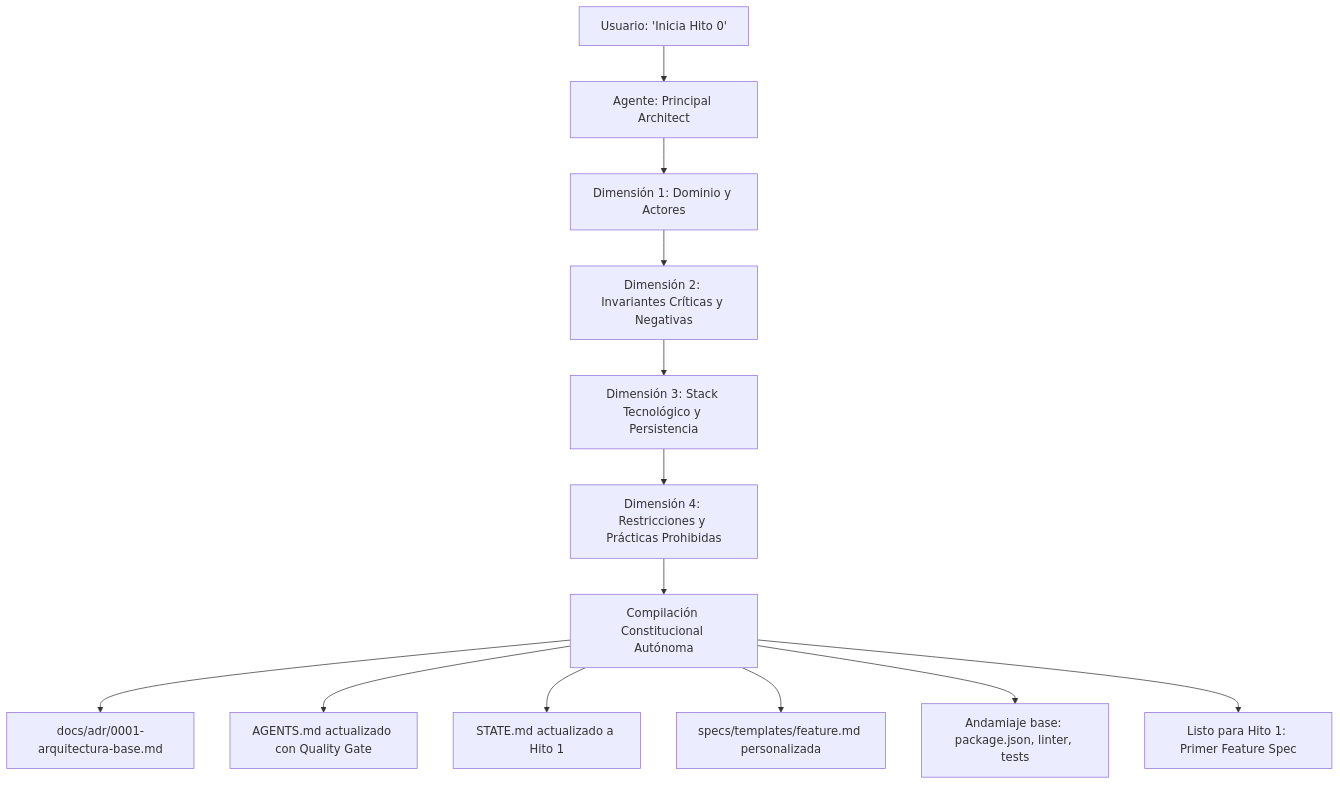
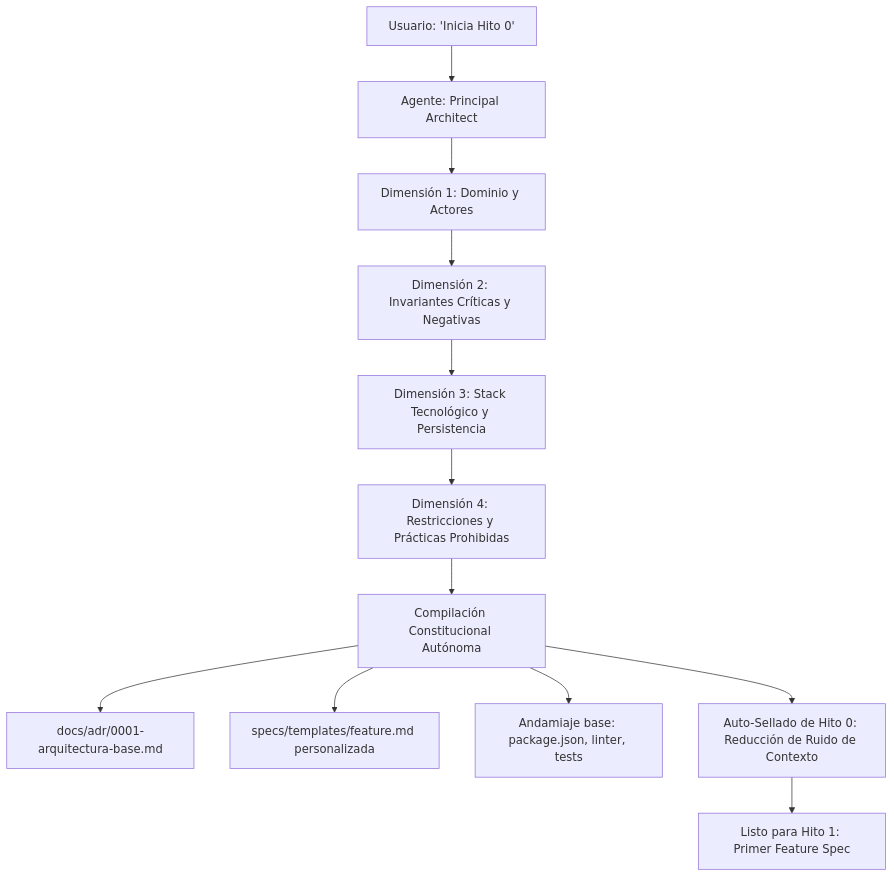
The diagram in README.md (Zer0x25/Hito-0), drawn with Mermaid before and after one commit. The commit also changed other lines of this file and 5 other files, not shown here.

Commit message:
feat(governance): agregar protocolo de auto-sellado, env.example, conventional commits y errores tipados

````diff
--- a/README.md
+++ b/README.md
@@ -38,15 +38,14 @@
 ```mermaid
 flowchart TD
     A[Usuario: 'Inicia Hito 0'] --> B[Agente: Principal Architect]
     B --> C1[Dimensión 1: Dominio y Actores]
     C1 --> C2[Dimensión 2: Invariantes Críticas y Negativas]
     C2 --> C3[Dimensión 3: Stack Tecnológico y Persistencia]
     C3 --> C4[Dimensión 4: Restricciones y Prácticas Prohibidas]
     C4 --> D[Compilación Constitucional Autónoma]
     D --> E1[docs/adr/0001-arquitectura-base.md]
-    D --> E2[AGENTS.md actualizado con Quality Gate]
-    D --> E3[STATE.md actualizado a Hito 1]
-    D --> E4[specs/templates/feature.md personalizada]
-    D --> E5[Andamiaje base: package.json, linter, tests]
-    D --> F[Listo para Hito 1: Primer Feature Spec]
+    D --> E2[specs/templates/feature.md personalizada]
+    D --> E3[Andamiaje base: package.json, linter, tests]
+    D --> S[Auto-Sellado de Hito 0: Reducción de Ruido de Contexto]
+    S --> F[Listo para Hito 1: Primer Feature Spec]
 ```
````
